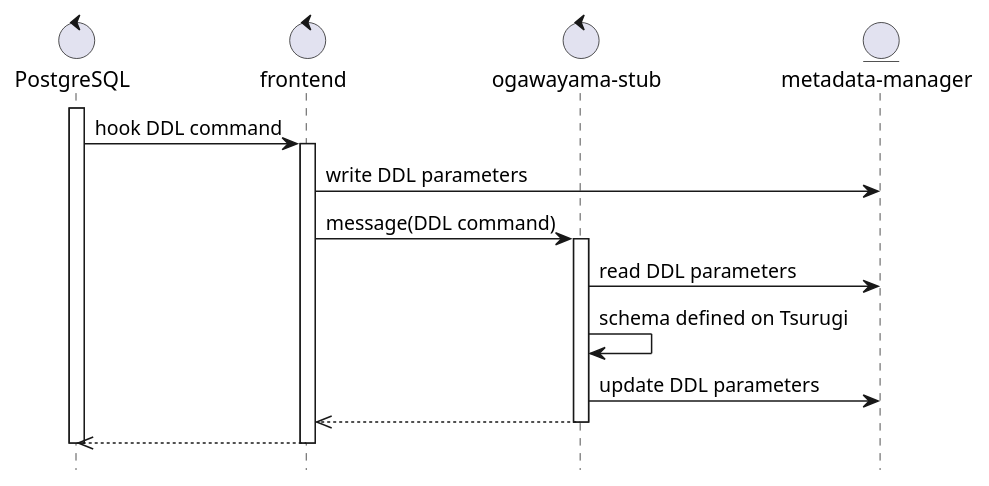
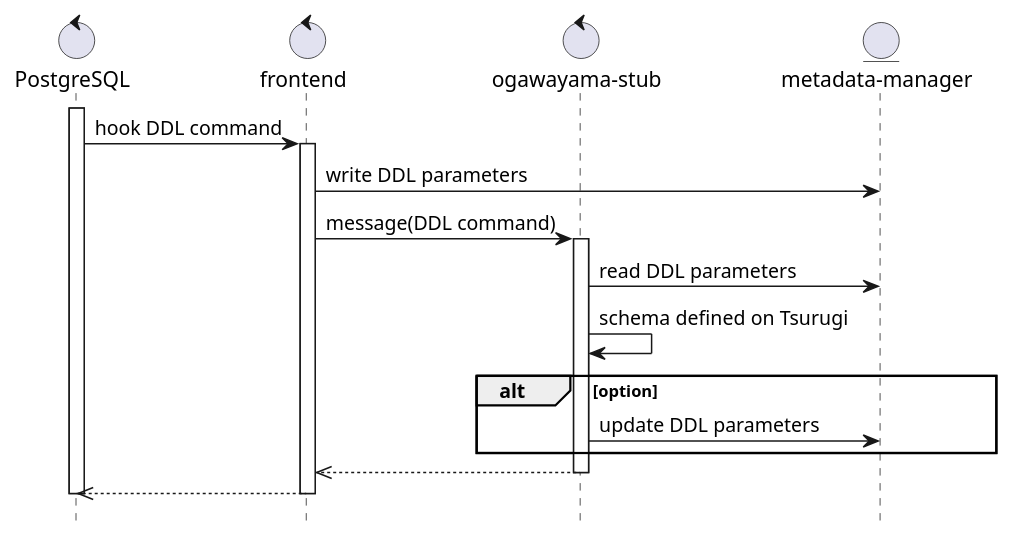
Before and after one commit to project-tsurugi/tsurugi_fdw: the diagram in docs/design/img/CREATE_TABLE_overview.pu, drawn with PlantUML. The commit also changed 1 other file, not shown here.

Commit message:
Add option flow

```diff
--- a/docs/design/img/CREATE_TABLE_overview.pu
+++ b/docs/design/img/CREATE_TABLE_overview.pu
@@ -4,23 +4,25 @@
 @startuml テーブル定義シーケンス概要
 hide footbox
 
 control PostgreSQL as pg
 control frontend as frontend
 control "ogawayama-stub" as stub
 entity "metadata-manager" as metadata
 
 activate pg
   pg -> frontend : hook DDL command
   activate frontend
     frontend -> metadata : write DDL parameters
     frontend -> stub : message(DDL command)
     activate stub
       stub -> metadata : read DDL parameters
       stub -> stub : schema defined on Tsurugi
+      alt option
       stub -> metadata : update DDL parameters
+      end
       frontend <<-- stub
       deactivate stub
     pg <<-- frontend
   deactivate frontend
 deactivate pg
 @enduml
```
